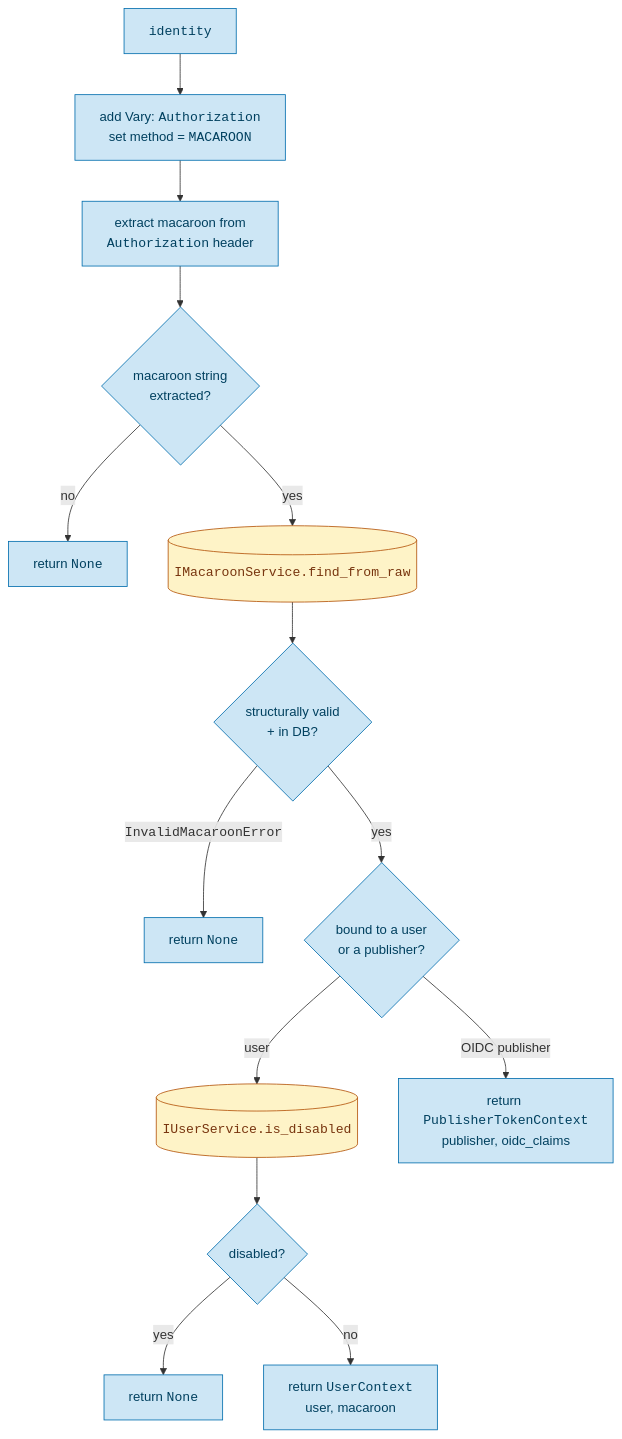
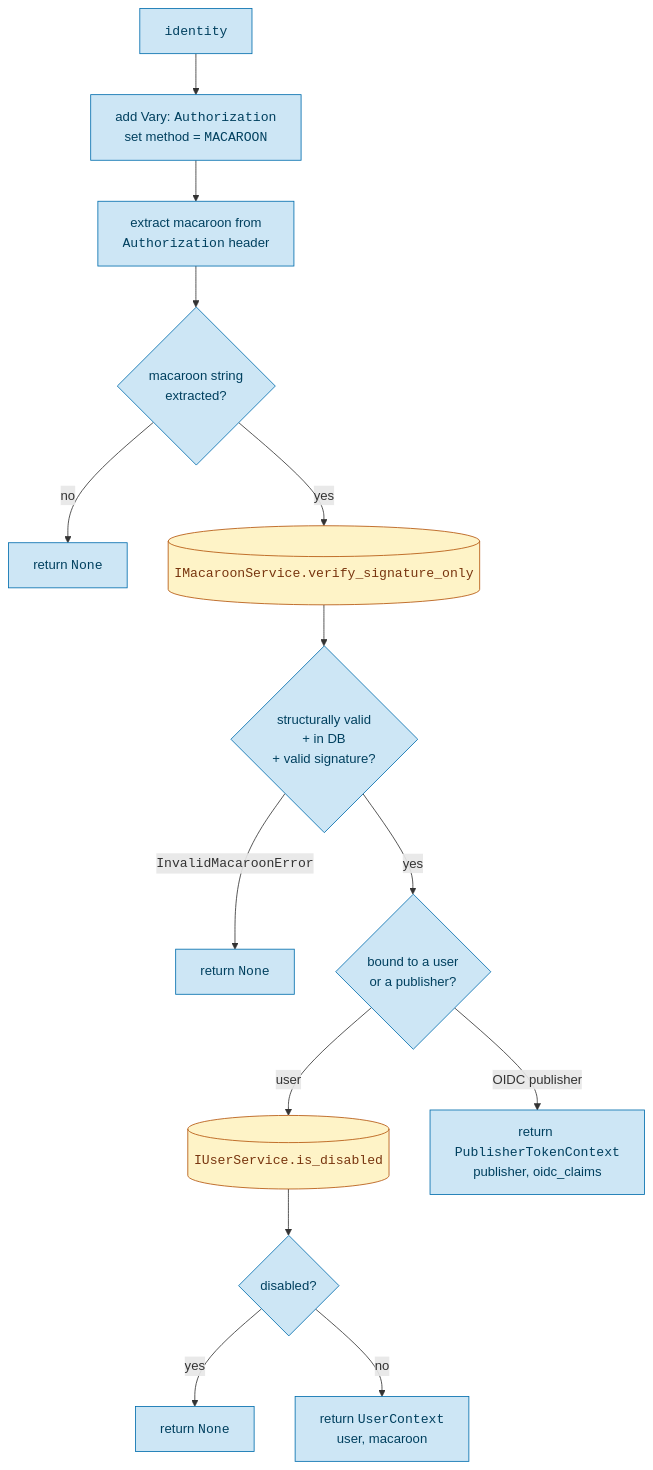
One commit to pypi/warehouse changed the sixth of 10 diagrams in docs/dev/security/security-policy-flow.md. Above: the diagram before and after it, drawn with Mermaid. The commit also changed other lines of this file and 6 other files, not shown here.

````diff
--- a/docs/dev/security/security-policy-flow.md
+++ b/docs/dev/security/security-policy-flow.md
@@ -292,18 +292,18 @@
 ```mermaid
 flowchart TD
     A[<code>identity</code>]:::warehouse --> VARY[add Vary: <code>Authorization</code><br/>set method = <code>MACAROON</code>]:::warehouse
     VARY --> EX[extract macaroon from<br/><code>Authorization</code> header]:::warehouse
     EX --> HAS{macaroon string<br/>extracted?}:::warehouse
     HAS -->|no| N1[return <code>None</code>]:::warehouse
-    HAS -->|yes| FIND[(<code>IMacaroonService.find_from_raw</code>)]:::service
-    FIND --> VALID{structurally valid<br/>+ in DB?}:::warehouse
+    HAS -->|yes| FIND[(<code>IMacaroonService.verify_signature_only</code>)]:::service
+    FIND --> VALID{structurally valid<br/>+ in DB<br/>+ valid signature?}:::warehouse
     VALID -->|<code>InvalidMacaroonError</code>| N2[return <code>None</code>]:::warehouse
     VALID -->|yes| WHO{bound to a user<br/>or a publisher?}:::warehouse
     WHO -->|user| DIS[(<code>IUserService.is_disabled</code>)]:::service
     DIS --> ISDIS{disabled?}:::warehouse
     ISDIS -->|yes| N3[return <code>None</code>]:::warehouse
     ISDIS -->|no| UC[return <code>UserContext</code><br/>user, macaroon]:::warehouse
     WHO -->|OIDC publisher| PC[return <code>PublisherTokenContext</code><br/>publisher, oidc_claims]:::warehouse
     classDef warehouse fill:#cde6f5,stroke:#006dad,color:#00405f
     classDef service fill:#fef3c7,stroke:#b45309,color:#78350f
 ```
````
